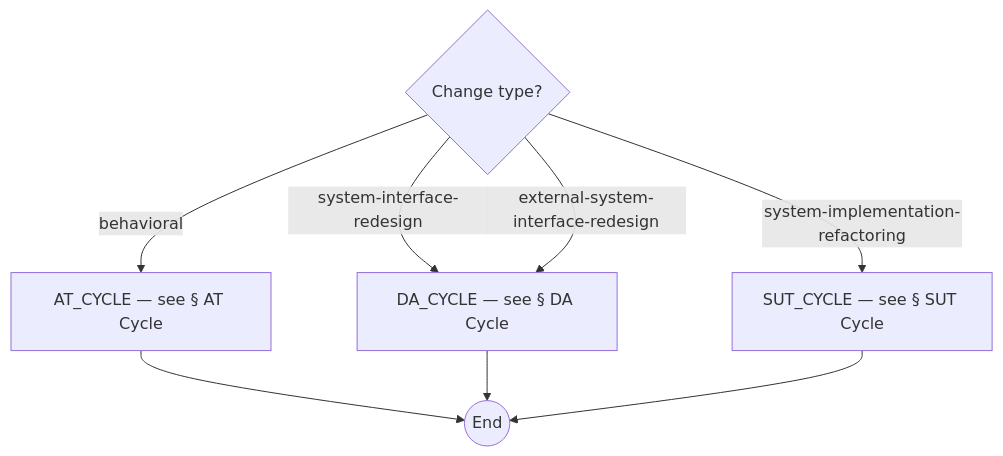
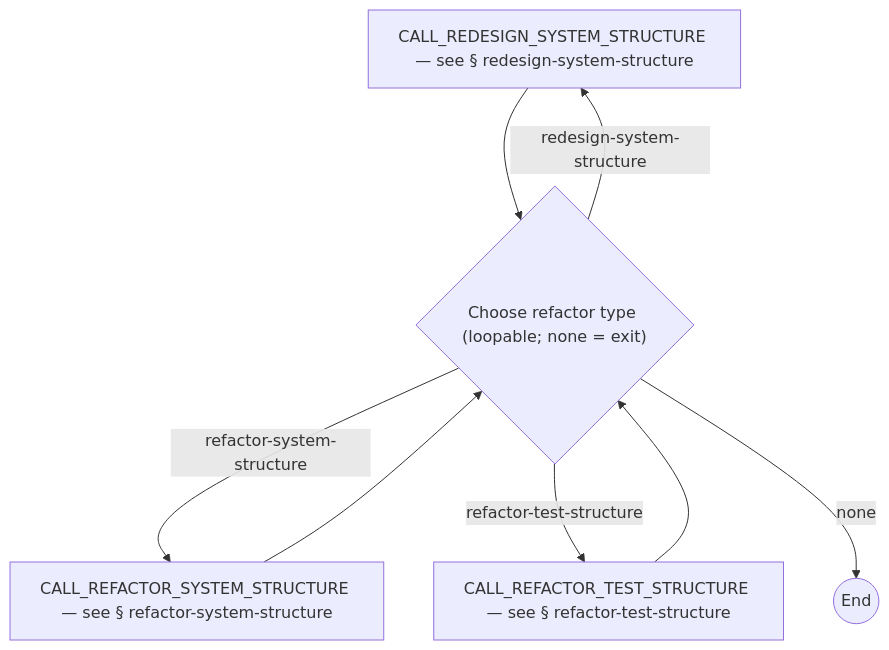
One commit to optivem/gh-optivem changed the fifth of 51 diagrams in docs/process-diagram.md. Above: the diagram before and after it, drawn with Mermaid. The commit also changed other lines of this file and 13 other files, not shown here.

First line of the commit message:
plans/bpmn-refactor: Item 3 (Phase C.3) — full YAML migration to TOP/CYCLE/HIGH/MID/LOW

````diff
--- a/docs/process-diagram.md
+++ b/docs/process-diagram.md
@@ -129,16 +106,16 @@
 ```mermaid
 flowchart TD
-    AT_CYCLE[AT_CYCLE — see § AT Cycle]
-    CYCLE_END((End))
-    DA_CYCLE[DA_CYCLE — see § DA Cycle]
-    GATE_CHANGE_TYPE{Change type?}
-    SUT_CYCLE[SUT_CYCLE — see § SUT Cycle]
+    CALL_REDESIGN_SYSTEM_STRUCTURE[CALL_REDESIGN_SYSTEM_STRUCTURE — see § redesign-system-structure]
+    CALL_REFACTOR_SYSTEM_STRUCTURE[CALL_REFACTOR_SYSTEM_STRUCTURE — see § refactor-system-structure]
+    CALL_REFACTOR_TEST_STRUCTURE[CALL_REFACTOR_TEST_STRUCTURE — see § refactor-test-structure]
+    GATE_REFACTOR_TYPE_CHOICE{"Choose refactor type (loopable; none = exit)"}
+    REFACTOR_TOP_END((End))
 
-    GATE_CHANGE_TYPE -- behavioral --> AT_CYCLE
-    GATE_CHANGE_TYPE -- system-interface-redesign --> DA_CYCLE
-    GATE_CHANGE_TYPE -- external-system-interface-redesign --> DA_CYCLE
-    GATE_CHANGE_TYPE -- system-implementation-refactoring --> SUT_CYCLE
-    AT_CYCLE --> CYCLE_END
-    DA_CYCLE --> CYCLE_END
-    SUT_CYCLE --> CYCLE_END
+    GATE_REFACTOR_TYPE_CHOICE -- refactor-system-structure --> CALL_REFACTOR_SYSTEM_STRUCTURE
+    GATE_REFACTOR_TYPE_CHOICE -- refactor-test-structure --> CALL_REFACTOR_TEST_STRUCTURE
+    GATE_REFACTOR_TYPE_CHOICE -- redesign-system-structure --> CALL_REDESIGN_SYSTEM_STRUCTURE
+    GATE_REFACTOR_TYPE_CHOICE -- none --> REFACTOR_TOP_END
+    CALL_REFACTOR_SYSTEM_STRUCTURE --> GATE_REFACTOR_TYPE_CHOICE
+    CALL_REFACTOR_TEST_STRUCTURE --> GATE_REFACTOR_TYPE_CHOICE
+    CALL_REDESIGN_SYSTEM_STRUCTURE --> GATE_REFACTOR_TYPE_CHOICE
 ```
````
